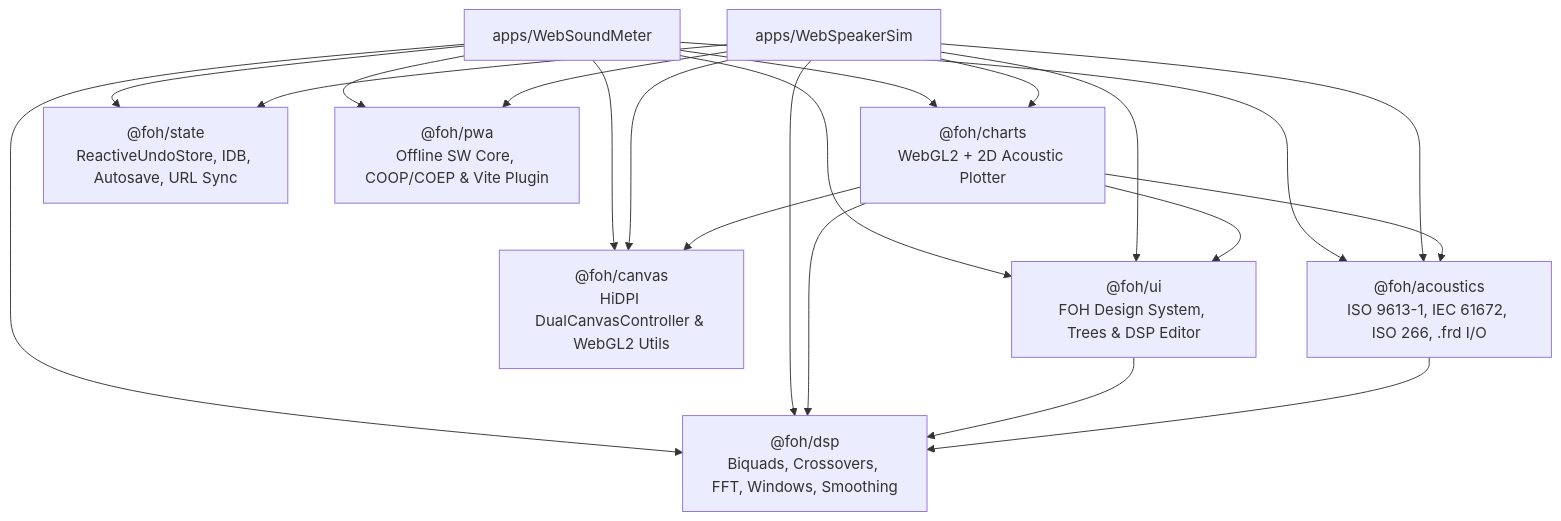
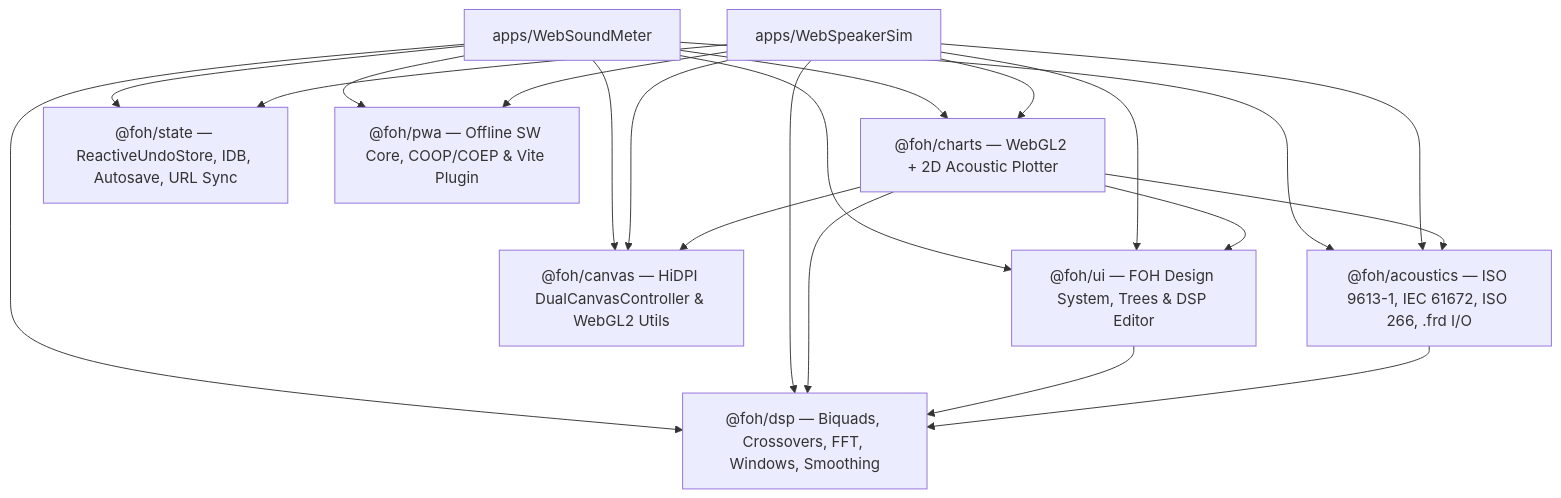
One commit to mkruisselbrink/WebSoundTools changed the diagram in docs/architecture/01-monorepo-and-packages.md. Above: the diagram before and after it, drawn with Mermaid. The commit also changed other lines of this file and 15 other files, not shown here.

Commit message:
docs: fix GitHub Mermaid, GFM table pipes, and MathJax inline syntax

````diff
--- a/docs/architecture/01-monorepo-and-packages.md
+++ b/docs/architecture/01-monorepo-and-packages.md
@@ -11,37 +11,37 @@
 ```mermaid
 graph TD
   WSM["apps/WebSoundMeter"]
   WSS["apps/WebSpeakerSim"]
 
-  CHARTS["@foh/charts<br/>WebGL2 + 2D Acoustic Plotter"]
-  UI["@foh/ui<br/>FOH Design System, Trees & DSP Editor"]
-  CANVAS["@foh/canvas<br/>HiDPI DualCanvasController & WebGL2 Utils"]
+  CHARTS["@foh/charts — WebGL2 + 2D Acoustic Plotter"]
+  UI["@foh/ui — FOH Design System, Trees & DSP Editor"]
+  CANVAS["@foh/canvas — HiDPI DualCanvasController & WebGL2 Utils"]
 
-  ACOUSTICS["@foh/acoustics<br/>ISO 9613-1, IEC 61672, ISO 266, .frd I/O"]
-  DSP["@foh/dsp<br/>Biquads, Crossovers, FFT, Windows, Smoothing"]
-  STATE["@foh/state<br/>ReactiveUndoStore, IDB, Autosave, URL Sync"]
-  PWA["@foh/pwa<br/>Offline SW Core, COOP/COEP & Vite Plugin"]
+  ACOUSTICS["@foh/acoustics — ISO 9613-1, IEC 61672, ISO 266, .frd I/O"]
+  DSP["@foh/dsp — Biquads, Crossovers, FFT, Windows, Smoothing"]
+  STATE["@foh/state — ReactiveUndoStore, IDB, Autosave, URL Sync"]
+  PWA["@foh/pwa — Offline SW Core, COOP/COEP & Vite Plugin"]
 
   WSM --> CHARTS
   WSM --> UI
   WSM --> CANVAS
   WSM --> ACOUSTICS
   WSM --> DSP
   WSM --> STATE
   WSM --> PWA
 
   WSS --> CHARTS
   WSS --> UI
   WSS --> CANVAS
   WSS --> ACOUSTICS
   WSS --> DSP
   WSS --> STATE
   WSS --> PWA
 
   CHARTS --> CANVAS
   CHARTS --> UI
   CHARTS --> ACOUSTICS
   CHARTS --> DSP
   UI --> DSP
   ACOUSTICS --> DSP
 ```
````
